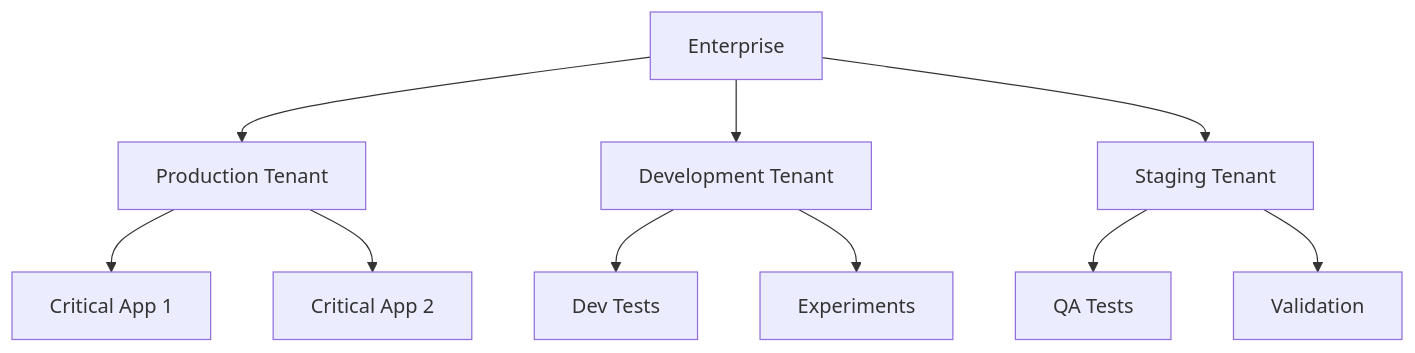
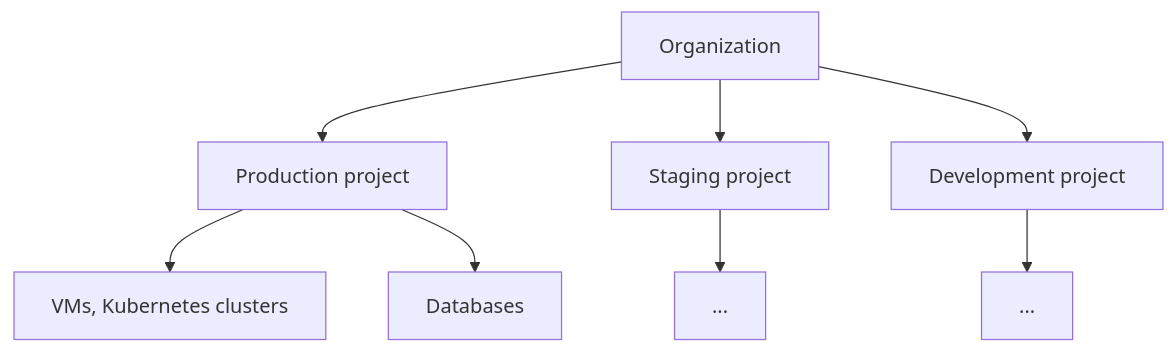
One commit to HidoraSwiss/hikube-public-doc changed the diagram in i18n/en/docusaurus-plugin-content-docs/current/getting-started/concepts.md. Above: the diagram before and after it, drawn with Mermaid. The commit also changed other lines of this file and 148 other files, not shown here.

````diff
--- a/i18n/en/docusaurus-plugin-content-docs/current/getting-started/concepts.md
+++ b/i18n/en/docusaurus-plugin-content-docs/current/getting-started/concepts.md
@@ -25,15 +28,11 @@
 ```mermaid
 graph TB
-    A[Enterprise] --> B[Production Tenant]
-    A --> C[Development Tenant]
-    A --> D[Staging Tenant]
+    O[Organization] --> P1[Production project]
+    O --> P2[Staging project]
+    O --> P3[Development project]
 
-    B --> E[Critical App 1]
-    B --> F[Critical App 2]
-
-    C --> G[Dev Tests]
-    C --> H[Experiments]
-
-    D --> I[QA Tests]
-    D --> J[Validation]
+    P1 --> R1[VMs, Kubernetes clusters]
+    P1 --> R2[Databases]
+    P2 --> R3[...]
+    P3 --> R4[...]
 ```
````
